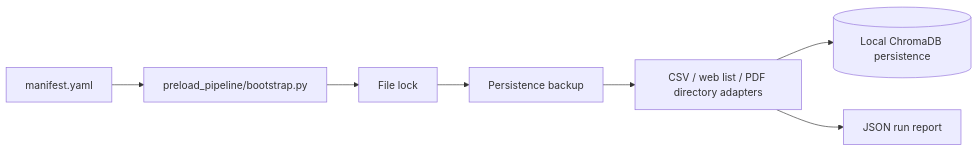
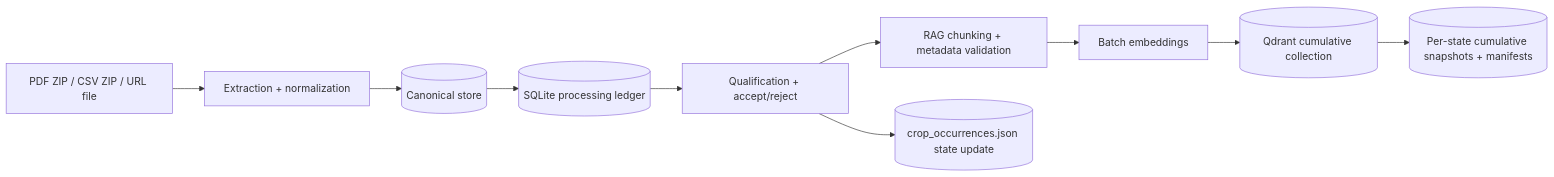
One commit to shashanksp04/MIRAGE-RAG changed the second of 3 diagrams in analysis.md. Above: the diagram before and after it, drawn with Mermaid. The commit also changed other lines of this file and 2 other files, not shown here.

Commit message:
docs: update preload pipeline docs for notebook-based new architecture

````diff
--- a/analysis.md
+++ b/analysis.md
@@ -69,9 +69,12 @@
 ```mermaid
 flowchart LR
-    Manifest[manifest.yaml] --> Bootstrap[preload_pipeline/bootstrap.py]
-    Bootstrap --> Lock[File lock]
-    Lock --> Backup[Persistence backup]
-    Backup --> Adapters[CSV / web list / PDF directory adapters]
-    Adapters --> Chroma[(Local ChromaDB persistence)]
-    Adapters --> Report[JSON run report]
+  Sources[PDF ZIP / CSV ZIP / URL file] --> Extract[Extraction + normalization]
+  Extract --> Canonical[(Canonical store)]
+  Canonical --> Ledger[(SQLite processing ledger)]
+  Ledger --> Qualify[Qualification + accept/reject]
+  Qualify --> RagChunk[RAG chunking + metadata validation]
+  RagChunk --> Embed[Batch embeddings]
+  Embed --> Qdrant[(Qdrant cumulative collection)]
+  Qdrant --> Snapshots[(Per-state cumulative snapshots + manifests)]
+  Qualify --> CropOcc[(crop_occurrences.json state update)]
 ```
````
